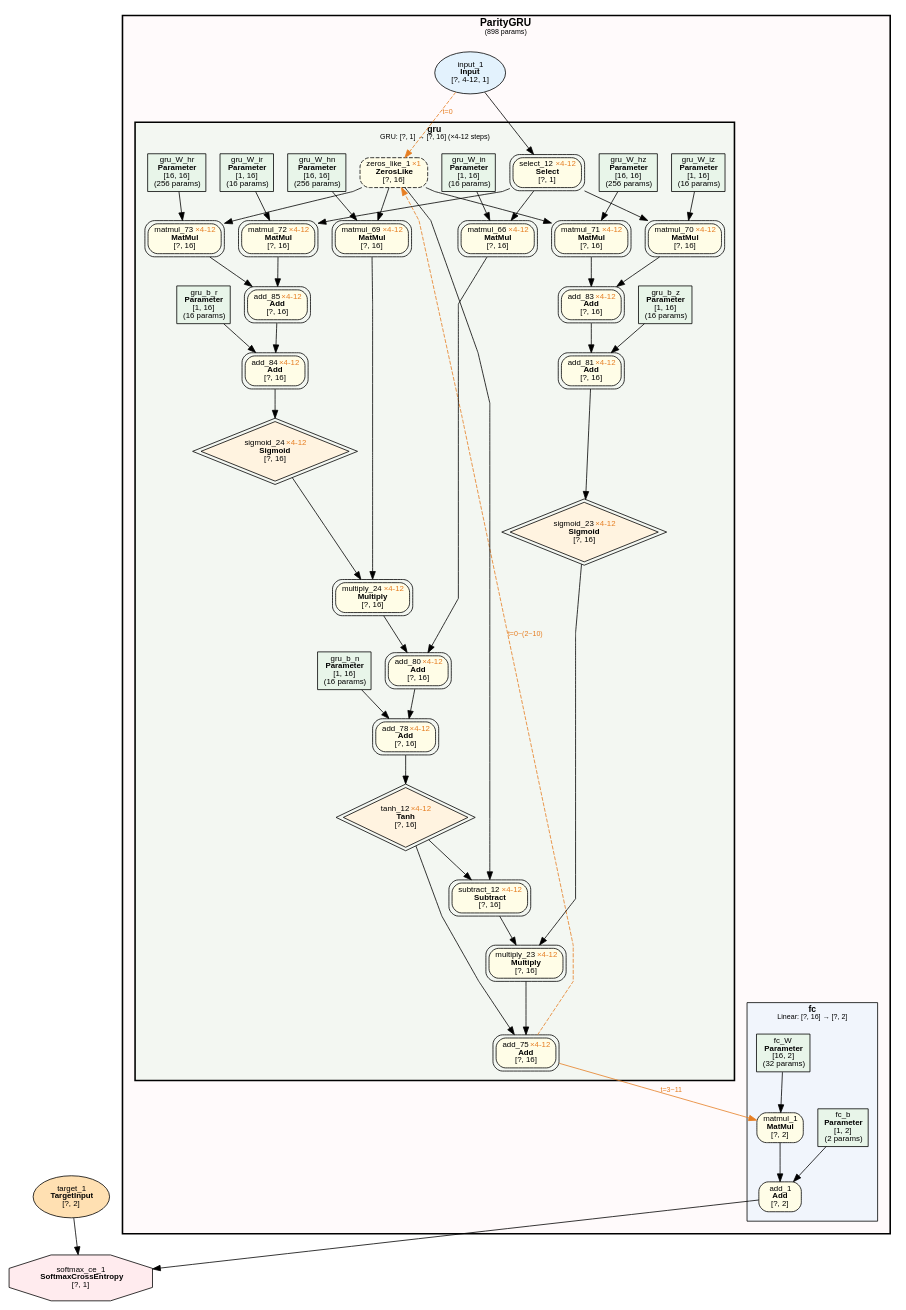
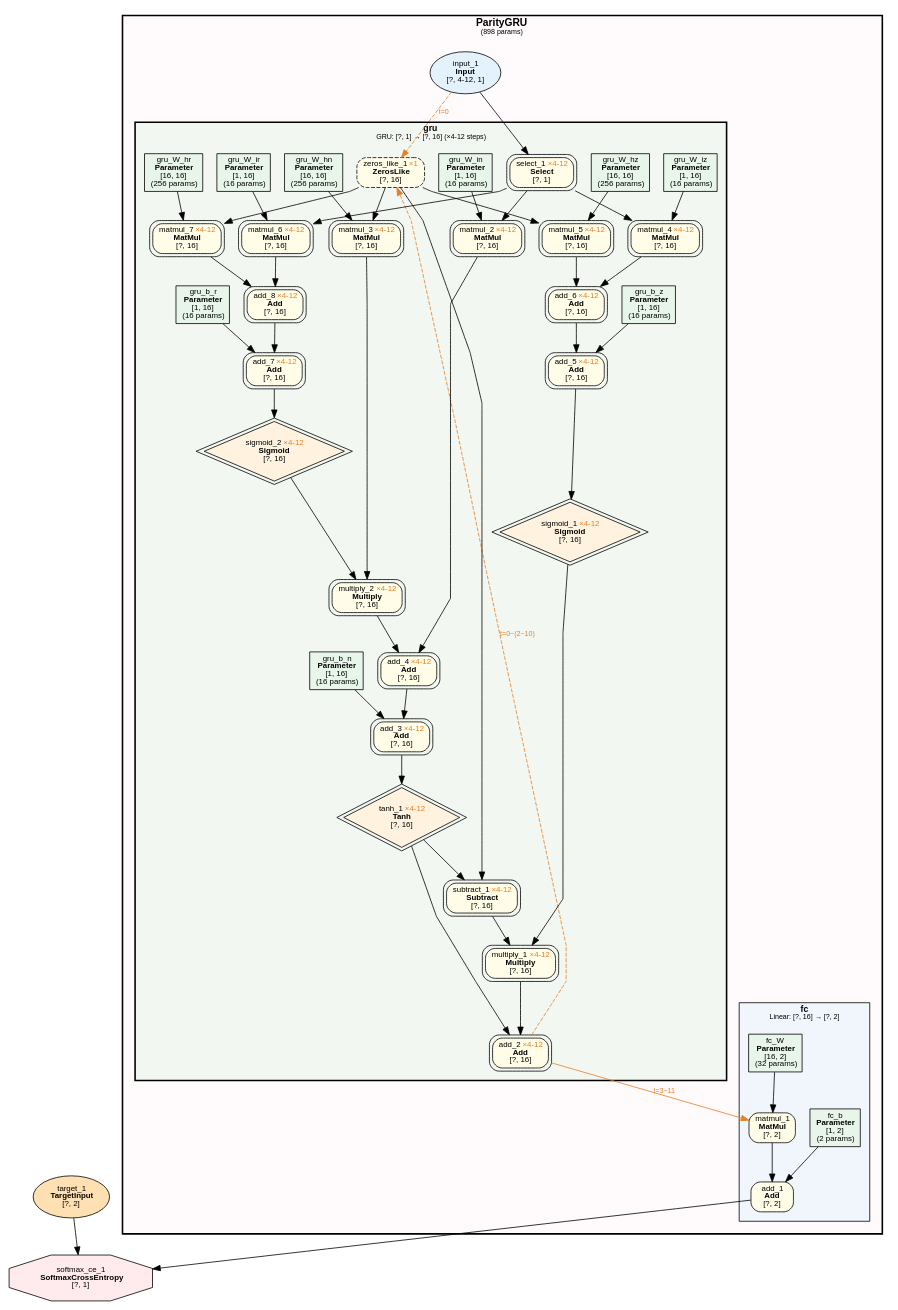
One commit to dbsxdbsx/only_torch changed the diagram in examples/parity_gru_var_len/parity_gru_var_len.dot. Above: the diagram before and after it, drawn with Graphviz. The commit also changed 23 other files, not shown here.

Commit message:
重新生成了一下最新的不会受随机数影响的示例图

```diff
--- a/examples/parity_gru_var_len/parity_gru_var_len.dot
+++ b/examples/parity_gru_var_len/parity_gru_var_len.dot
@@ -23,7 +23,7 @@
                 "2" [label=<add_1<BR/><B>Add</B><BR/>[?, 2]> shape=box style="filled,rounded" fillcolor="#FFFDE7" fontsize=10];
                 "4" [label=<matmul_1<BR/><B>MatMul</B><BR/>[?, 2]> shape=box style="filled,rounded" fillcolor="#FFFDE7" fontsize=10];
                 "5" [label=<fc_b<BR/><B>Parameter</B><BR/>[1, 2]<BR/>(2 params)> shape=box style=filled fillcolor="#E8F5E9" fontsize=10];
-                "7" [label=<fc_W<BR/><B>Parameter</B><BR/>[16, 2]<BR/>(32 params)> shape=box style=filled fillcolor="#E8F5E9" fontsize=10];
+                "6" [label=<fc_W<BR/><B>Parameter</B><BR/>[16, 2]<BR/>(32 params)> shape=box style=filled fillcolor="#E8F5E9" fontsize=10];
         }
 
         subgraph cluster_ParityGRU_gru {
@@ -35,39 +35,39 @@
             fontname="Microsoft YaHei,SimHei,Arial";
             fontsize=11;
             margin=12;
-            "14" [label=<gru_b_n<BR/><B>Parameter</B><BR/>[1, 16]<BR/>(16 params)> shape=box style=filled fillcolor="#E8F5E9" fontsize=10];
-            "20" [label=<gru_b_z<BR/><B>Parameter</B><BR/>[1, 16]<BR/>(16 params)> shape=box style=filled fillcolor="#E8F5E9" fontsize=10];
-            "24" [label=<gru_W_in<BR/><B>Parameter</B><BR/>[1, 16]<BR/>(16 params)> shape=box style=filled fillcolor="#E8F5E9" fontsize=10];
-            "34" [label=<gru_W_hn<BR/><B>Parameter</B><BR/>[16, 16]<BR/>(256 params)> shape=box style=filled fillcolor="#E8F5E9" fontsize=10];
-            "35" [label=<gru_W_iz<BR/><B>Parameter</B><BR/>[1, 16]<BR/>(16 params)> shape=box style=filled fillcolor="#E8F5E9" fontsize=10];
-            "36" [label=<gru_W_hz<BR/><B>Parameter</B><BR/>[16, 16]<BR/>(256 params)> shape=box style=filled fillcolor="#E8F5E9" fontsize=10];
-            "41" [label=<gru_b_r<BR/><B>Parameter</B><BR/>[1, 16]<BR/>(16 params)> shape=box style=filled fillcolor="#E8F5E9" fontsize=10];
-            "57" [label=<gru_W_ir<BR/><B>Parameter</B><BR/>[1, 16]<BR/>(16 params)> shape=box style=filled fillcolor="#E8F5E9" fontsize=10];
-            "58" [label=<gru_W_hr<BR/><B>Parameter</B><BR/>[16, 16]<BR/>(256 params)> shape=box style=filled fillcolor="#E8F5E9" fontsize=10];
-            "222" [label=<add_75 <FONT COLOR="#E67E22">×4-12</FONT><BR/><B>Add</B><BR/>[?, 16]> shape=box style="filled,rounded" fillcolor="#FFFDE7" fontsize=10 peripheries=2];
-            "227" [label=<tanh_12 <FONT COLOR="#E67E22">×4-12</FONT><BR/><B>Tanh</B><BR/>[?, 16]> shape=diamond style=filled fillcolor="#FFF3E0" fontsize=10 peripheries=2];
-            "228" [label=<multiply_23 <FONT COLOR="#E67E22">×4-12</FONT><BR/><B>Multiply</B><BR/>[?, 16]> shape=box style="filled,rounded" fillcolor="#FFFDE7" fontsize=10 peripheries=2];
-            "236" [label=<add_78 <FONT COLOR="#E67E22">×4-12</FONT><BR/><B>Add</B><BR/>[?, 16]> shape=box style="filled,rounded" fillcolor="#FFFDE7" fontsize=10 peripheries=2];
-            "237" [label=<sigmoid_23 <FONT COLOR="#E67E22">×4-12</FONT><BR/><B>Sigmoid</B><BR/>[?, 16]> shape=diamond style=filled fillcolor="#FFF3E0" fontsize=10 peripheries=2];
-            "238" [label=<subtract_12 <FONT COLOR="#E67E22">×4-12</FONT><BR/><B>Subtract</B><BR/>[?, 16]> shape=box style="filled,rounded" fillcolor="#FFFDE7" fontsize=10 peripheries=2];
-            "240" [label=<add_80 <FONT COLOR="#E67E22">×4-12</FONT><BR/><B>Add</B><BR/>[?, 16]> shape=box style="filled,rounded" fillcolor="#FFFDE7" fontsize=10 peripheries=2];
-            "241" [label=<add_81 <FONT COLOR="#E67E22">×4-12</FONT><BR/><B>Add</B><BR/>[?, 16]> shape=box style="filled,rounded" fillcolor="#FFFDE7" fontsize=10 peripheries=2];
-            "242" [label=<zeros_like_1 <FONT COLOR="#E67E22">×1</FONT><BR/><B>ZerosLike</B><BR/>[?, 16]> shape=box style="filled,rounded,dashed" fillcolor="#FFFDE7" fontsize=10];
-            "244" [label=<matmul_66 <FONT COLOR="#E67E22">×4-12</FONT><BR/><B>MatMul</B><BR/>[?, 16]> shape=box style="filled,rounded" fillcolor="#FFFDE7" fontsize=10 peripheries=2];
-            "245" [label=<multiply_24 <FONT COLOR="#E67E22">×4-12</FONT><BR/><B>Multiply</B><BR/>[?, 16]> shape=box style="filled,rounded" fillcolor="#FFFDE7" fontsize=10 peripheries=2];
-            "246" [label=<add_83 <FONT COLOR="#E67E22">×4-12</FONT><BR/><B>Add</B><BR/>[?, 16]> shape=box style="filled,rounded" fillcolor="#FFFDE7" fontsize=10 peripheries=2];
-            "249" [label=<select_12 <FONT COLOR="#E67E22">×4-12</FONT><BR/><B>Select</B><BR/>[?, 1]> shape=box style="filled,rounded" fillcolor="#FFFDE7" fontsize=10 peripheries=2];
-            "250" [label=<sigmoid_24 <FONT COLOR="#E67E22">×4-12</FONT><BR/><B>Sigmoid</B><BR/>[?, 16]> shape=diamond style=filled fillcolor="#FFF3E0" fontsize=10 peripheries=2];
-            "251" [label=<matmul_69 <FONT COLOR="#E67E22">×4-12</FONT><BR/><B>MatMul</B><BR/>[?, 16]> shape=box style="filled,rounded" fillcolor="#FFFDE7" fontsize=10 peripheries=2];
-            "252" [label=<matmul_70 <FONT COLOR="#E67E22">×4-12</FONT><BR/><B>MatMul</B><BR/>[?, 16]> shape=box style="filled,rounded" fillcolor="#FFFDE7" fontsize=10 peripheries=2];
-            "253" [label=<matmul_71 <FONT COLOR="#E67E22">×4-12</FONT><BR/><B>MatMul</B><BR/>[?, 16]> shape=box style="filled,rounded" fillcolor="#FFFDE7" fontsize=10 peripheries=2];
-            "254" [label=<add_84 <FONT COLOR="#E67E22">×4-12</FONT><BR/><B>Add</B><BR/>[?, 16]> shape=box style="filled,rounded" fillcolor="#FFFDE7" fontsize=10 peripheries=2];
-            "255" [label=<add_85 <FONT COLOR="#E67E22">×4-12</FONT><BR/><B>Add</B><BR/>[?, 16]> shape=box style="filled,rounded" fillcolor="#FFFDE7" fontsize=10 peripheries=2];
-            "256" [label=<matmul_72 <FONT COLOR="#E67E22">×4-12</FONT><BR/><B>MatMul</B><BR/>[?, 16]> shape=box style="filled,rounded" fillcolor="#FFFDE7" fontsize=10 peripheries=2];
-            "257" [label=<matmul_73 <FONT COLOR="#E67E22">×4-12</FONT><BR/><B>MatMul</B><BR/>[?, 16]> shape=box style="filled,rounded" fillcolor="#FFFDE7" fontsize=10 peripheries=2];
+            "7" [label=<gru_b_n<BR/><B>Parameter</B><BR/>[1, 16]<BR/>(16 params)> shape=box style=filled fillcolor="#E8F5E9" fontsize=10];
+            "8" [label=<gru_b_z<BR/><B>Parameter</B><BR/>[1, 16]<BR/>(16 params)> shape=box style=filled fillcolor="#E8F5E9" fontsize=10];
+            "9" [label=<gru_W_in<BR/><B>Parameter</B><BR/>[1, 16]<BR/>(16 params)> shape=box style=filled fillcolor="#E8F5E9" fontsize=10];
+            "11" [label=<gru_W_hn<BR/><B>Parameter</B><BR/>[16, 16]<BR/>(256 params)> shape=box style=filled fillcolor="#E8F5E9" fontsize=10];
+            "12" [label=<gru_W_iz<BR/><B>Parameter</B><BR/>[1, 16]<BR/>(16 params)> shape=box style=filled fillcolor="#E8F5E9" fontsize=10];
+            "13" [label=<gru_W_hz<BR/><B>Parameter</B><BR/>[16, 16]<BR/>(256 params)> shape=box style=filled fillcolor="#E8F5E9" fontsize=10];
+            "14" [label=<gru_b_r<BR/><B>Parameter</B><BR/>[1, 16]<BR/>(16 params)> shape=box style=filled fillcolor="#E8F5E9" fontsize=10];
+            "15" [label=<gru_W_ir<BR/><B>Parameter</B><BR/>[1, 16]<BR/>(16 params)> shape=box style=filled fillcolor="#E8F5E9" fontsize=10];
+            "16" [label=<gru_W_hr<BR/><B>Parameter</B><BR/>[16, 16]<BR/>(256 params)> shape=box style=filled fillcolor="#E8F5E9" fontsize=10];
+            "17" [label=<add_2 <FONT COLOR="#E67E22">×4-12</FONT><BR/><B>Add</B><BR/>[?, 16]> shape=box style="filled,rounded" fillcolor="#FFFDE7" fontsize=10 peripheries=2];
+            "18" [label=<tanh_1 <FONT COLOR="#E67E22">×4-12</FONT><BR/><B>Tanh</B><BR/>[?, 16]> shape=diamond style=filled fillcolor="#FFF3E0" fontsize=10 peripheries=2];
+            "19" [label=<multiply_1 <FONT COLOR="#E67E22">×4-12</FONT><BR/><B>Multiply</B><BR/>[?, 16]> shape=box style="filled,rounded" fillcolor="#FFFDE7" fontsize=10 peripheries=2];
+            "20" [label=<add_3 <FONT COLOR="#E67E22">×4-12</FONT><BR/><B>Add</B><BR/>[?, 16]> shape=box style="filled,rounded" fillcolor="#FFFDE7" fontsize=10 peripheries=2];
+            "21" [label=<sigmoid_1 <FONT COLOR="#E67E22">×4-12</FONT><BR/><B>Sigmoid</B><BR/>[?, 16]> shape=diamond style=filled fillcolor="#FFF3E0" fontsize=10 peripheries=2];
+            "22" [label=<subtract_1 <FONT COLOR="#E67E22">×4-12</FONT><BR/><B>Subtract</B><BR/>[?, 16]> shape=box style="filled,rounded" fillcolor="#FFFDE7" fontsize=10 peripheries=2];
+            "23" [label=<add_4 <FONT COLOR="#E67E22">×4-12</FONT><BR/><B>Add</B><BR/>[?, 16]> shape=box style="filled,rounded" fillcolor="#FFFDE7" fontsize=10 peripheries=2];
+            "24" [label=<add_5 <FONT COLOR="#E67E22">×4-12</FONT><BR/><B>Add</B><BR/>[?, 16]> shape=box style="filled,rounded" fillcolor="#FFFDE7" fontsize=10 peripheries=2];
+            "25" [label=<zeros_like_1 <FONT COLOR="#E67E22">×1</FONT><BR/><B>ZerosLike</B><BR/>[?, 16]> shape=box style="filled,rounded,dashed" fillcolor="#FFFDE7" fontsize=10];
+            "26" [label=<matmul_2 <FONT COLOR="#E67E22">×4-12</FONT><BR/><B>MatMul</B><BR/>[?, 16]> shape=box style="filled,rounded" fillcolor="#FFFDE7" fontsize=10 peripheries=2];
+            "27" [label=<multiply_2 <FONT COLOR="#E67E22">×4-12</FONT><BR/><B>Multiply</B><BR/>[?, 16]> shape=box style="filled,rounded" fillcolor="#FFFDE7" fontsize=10 peripheries=2];
+            "28" [label=<add_6 <FONT COLOR="#E67E22">×4-12</FONT><BR/><B>Add</B><BR/>[?, 16]> shape=box style="filled,rounded" fillcolor="#FFFDE7" fontsize=10 peripheries=2];
+            "29" [label=<select_1 <FONT COLOR="#E67E22">×4-12</FONT><BR/><B>Select</B><BR/>[?, 1]> shape=box style="filled,rounded" fillcolor="#FFFDE7" fontsize=10 peripheries=2];
+            "30" [label=<sigmoid_2 <FONT COLOR="#E67E22">×4-12</FONT><BR/><B>Sigmoid</B><BR/>[?, 16]> shape=diamond style=filled fillcolor="#FFF3E0" fontsize=10 peripheries=2];
+            "31" [label=<matmul_3 <FONT COLOR="#E67E22">×4-12</FONT><BR/><B>MatMul</B><BR/>[?, 16]> shape=box style="filled,rounded" fillcolor="#FFFDE7" fontsize=10 peripheries=2];
+            "32" [label=<matmul_4 <FONT COLOR="#E67E22">×4-12</FONT><BR/><B>MatMul</B><BR/>[?, 16]> shape=box style="filled,rounded" fillcolor="#FFFDE7" fontsize=10 peripheries=2];
+            "33" [label=<matmul_5 <FONT COLOR="#E67E22">×4-12</FONT><BR/><B>MatMul</B><BR/>[?, 16]> shape=box style="filled,rounded" fillcolor="#FFFDE7" fontsize=10 peripheries=2];
+            "34" [label=<add_7 <FONT COLOR="#E67E22">×4-12</FONT><BR/><B>Add</B><BR/>[?, 16]> shape=box style="filled,rounded" fillcolor="#FFFDE7" fontsize=10 peripheries=2];
+            "35" [label=<add_8 <FONT COLOR="#E67E22">×4-12</FONT><BR/><B>Add</B><BR/>[?, 16]> shape=box style="filled,rounded" fillcolor="#FFFDE7" fontsize=10 peripheries=2];
+            "36" [label=<matmul_6 <FONT COLOR="#E67E22">×4-12</FONT><BR/><B>MatMul</B><BR/>[?, 16]> shape=box style="filled,rounded" fillcolor="#FFFDE7" fontsize=10 peripheries=2];
+            "37" [label=<matmul_7 <FONT COLOR="#E67E22">×4-12</FONT><BR/><B>MatMul</B><BR/>[?, 16]> shape=box style="filled,rounded" fillcolor="#FFFDE7" fontsize=10 peripheries=2];
         }
 
-        "32" [label=<input_1<BR/><B>Input</B><BR/>[?, 4-12, 1]> shape=ellipse style=filled fillcolor="#E3F2FD" fontsize=10];
+        "10" [label=<input_1<BR/><B>Input</B><BR/>[?, 4-12, 1]> shape=ellipse style=filled fillcolor="#E3F2FD" fontsize=10];
     }
 
     "1" [label=<softmax_ce_1<BR/><B>SoftmaxCrossEntropy</B><BR/>[?, 1]> shape=octagon style=filled fillcolor="#FFEBEE" fontsize=10];
@@ -77,44 +77,44 @@
     "3" -> "1";
     "4" -> "2";
     "5" -> "2";
-    "222" -> "4" [color="#E67E22" label=<t=3~11> fontcolor="#E67E22" fontsize=9];
-    "7" -> "4";
-    "227" -> "222";
-    "228" -> "222";
-    "236" -> "227";
-    "237" -> "228";
-    "238" -> "228";
-    "240" -> "236";
-    "14" -> "236";
-    "241" -> "237";
-    "242" -> "238";
-    "227" -> "238";
-    "244" -> "240";
-    "245" -> "240";
-    "246" -> "241";
-    "20" -> "241";
-    "32" -> "242" [style=dashed color="#E67E22" label=<t=0> fontcolor="#E67E22" fontsize=9];
-    "249" -> "244";
-    "24" -> "244";
-    "250" -> "245";
-    "251" -> "245";
-    "252" -> "246";
-    "253" -> "246";
-    "32" -> "249";
-    "254" -> "250";
-    "242" -> "251";
-    "34" -> "251";
-    "249" -> "252";
-    "35" -> "252";
-    "242" -> "253";
-    "36" -> "253";
-    "255" -> "254";
-    "41" -> "254";
-    "256" -> "255";
-    "257" -> "255";
-    "249" -> "256";
-    "57" -> "256";
-    "242" -> "257";
-    "58" -> "257";
-    "222" -> "242" [style=dashed color="#E67E22" label=<t=0~(2~10)> fontcolor="#E67E22" fontsize=9 constraint=false];
+    "17" -> "4" [color="#E67E22" label=<t=3~11> fontcolor="#E67E22" fontsize=9];
+    "6" -> "4";
+    "18" -> "17";
+    "19" -> "17";
+    "20" -> "18";
+    "21" -> "19";
+    "22" -> "19";
+    "23" -> "20";
+    "7" -> "20";
+    "24" -> "21";
+    "25" -> "22";
+    "18" -> "22";
+    "26" -> "23";
+    "27" -> "23";
+    "28" -> "24";
+    "8" -> "24";
+    "10" -> "25" [style=dashed color="#E67E22" label=<t=0> fontcolor="#E67E22" fontsize=9];
+    "29" -> "26";
+    "9" -> "26";
+    "30" -> "27";
+    "31" -> "27";
+    "32" -> "28";
+    "33" -> "28";
+    "10" -> "29";
+    "34" -> "30";
+    "25" -> "31";
+    "11" -> "31";
+    "29" -> "32";
+    "12" -> "32";
+    "25" -> "33";
+    "13" -> "33";
+    "35" -> "34";
+    "14" -> "34";
+    "36" -> "35";
+    "37" -> "35";
+    "29" -> "36";
+    "15" -> "36";
+    "25" -> "37";
+    "16" -> "37";
+    "17" -> "25" [style=dashed color="#E67E22" label=<t=0~(2~10)> fontcolor="#E67E22" fontsize=9 constraint=false];
 }
```
